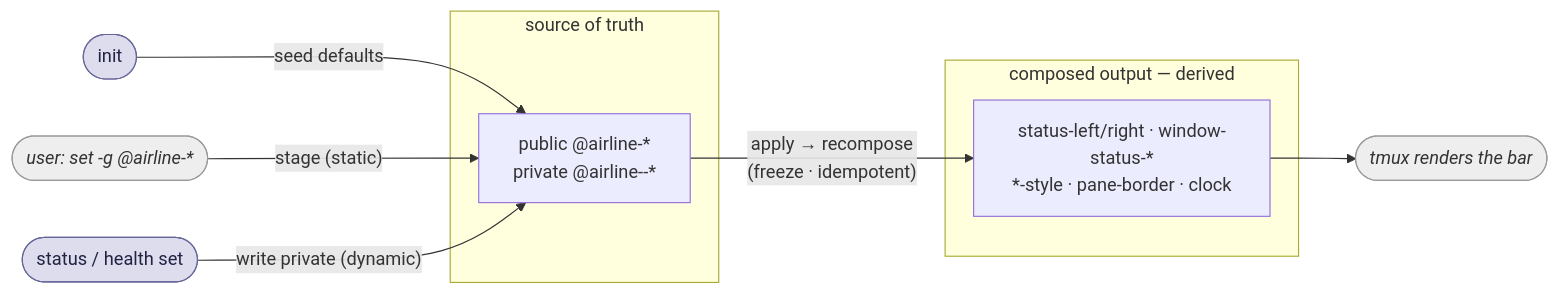
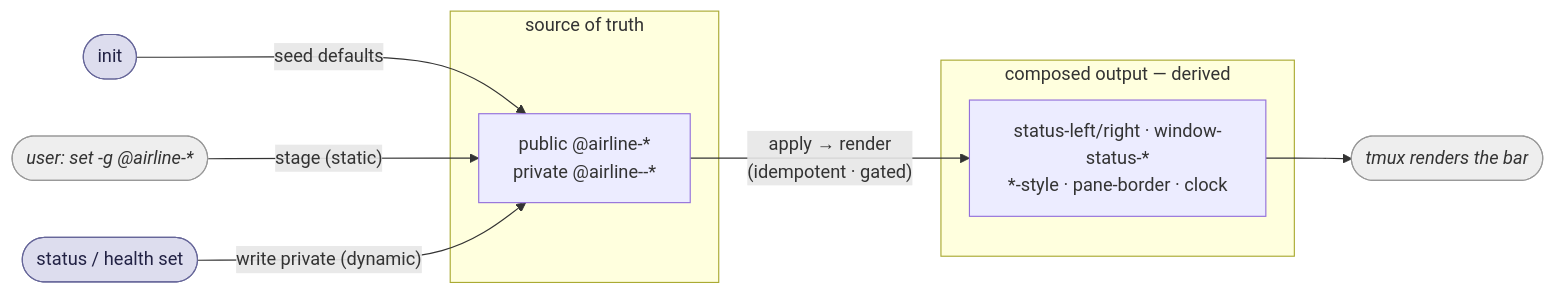
Before and after one commit to andrewjstryker/tmux-airline: the third of 3 diagrams in DESIGN.md, drawn with Mermaid. The commit also changed other lines of this file and 6 other files, not shown here.

````diff
--- a/DESIGN.md
+++ b/DESIGN.md
@@ -149,17 +153,17 @@
 ```mermaid
 graph LR
     INIT(["init"]):::verb -- "seed defaults" --> S
     USER(["user: set -g @airline-*"]):::ext -- "stage (static)" --> S
     EVT(["status / health set"]):::verb -- "write private (dynamic)" --> S
     subgraph IN["source of truth"]
         S["public @airline-*<br/>private @airline--*"]
     end
-    S -- "apply → recompose<br/>(freeze · idempotent)" --> T
+    S -- "apply → render<br/>(idempotent · gated)" --> T
     subgraph OUT["composed output — derived"]
         T["status-left/right · window-status-*<br/>*-style · pane-border · clock"]
     end
     T --> R([tmux renders the bar]):::ext
 
     classDef ext fill:#eee,stroke:#999,color:#333,font-style:italic;
     classDef verb fill:#dde,stroke:#669,color:#224;
 ```
````
